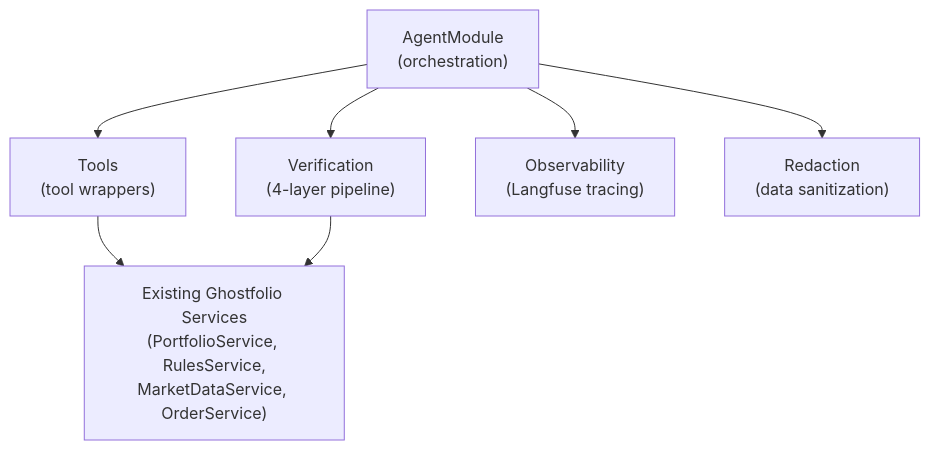
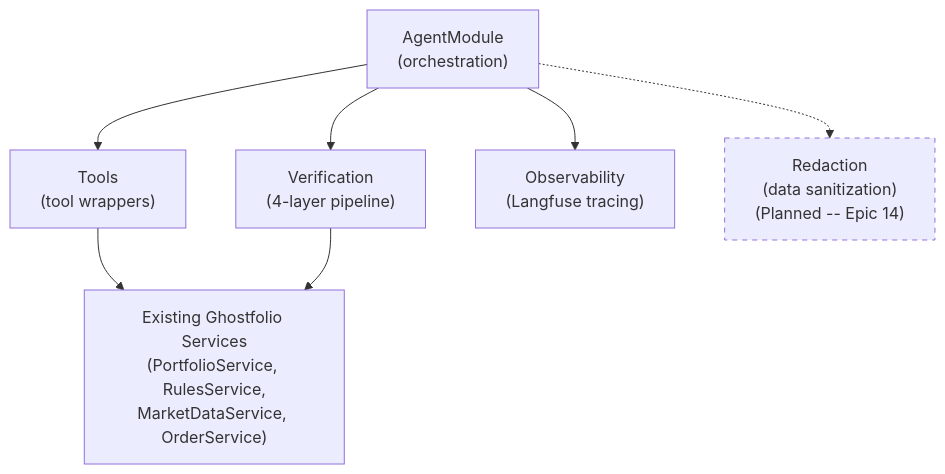
One commit to MichaelHabermas/ghostfolio changed the first of 9 diagrams in docs/PRD.md. Above: the diagram before and after it, drawn with Mermaid. The commit also changed other lines of this file, not shown here.

First line of the commit message:
docs(prd): annotate RedactionService as planned, update Epic 13 checkboxes, add Decision 11 note

````diff
--- a/docs/PRD.md
+++ b/docs/PRD.md
@@ -199,17 +199,19 @@
 ```mermaid
 graph TD
     AgentModule["AgentModule<br/>(orchestration)"]
     ToolsSubmodule["Tools<br/>(tool wrappers)"]
     VerificationSubmodule["Verification<br/>(4-layer pipeline)"]
     ObservabilitySubmodule["Observability<br/>(Langfuse tracing)"]
-    RedactionSubmodule["Redaction<br/>(data sanitization)"]
+    RedactionSubmodule["Redaction<br/>(data sanitization)<br/>(Planned -- Epic 14)"]
 
     AgentModule --> ToolsSubmodule
     AgentModule --> VerificationSubmodule
     AgentModule --> ObservabilitySubmodule
-    AgentModule --> RedactionSubmodule
+    AgentModule -.-> RedactionSubmodule
 
     ToolsSubmodule --> GhostfolioServices["Existing Ghostfolio Services<br/>(PortfolioService, RulesService,<br/>MarketDataService, OrderService)"]
 
     VerificationSubmodule --> GhostfolioServices
+
+    style RedactionSubmodule stroke-dasharray: 5 5
 ```
````
